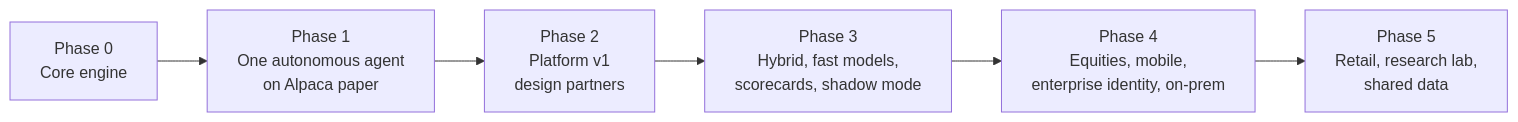
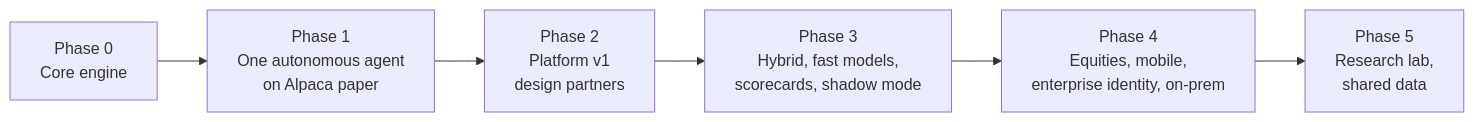
The diagram in docs/product/05-roadmap.md (kunwarshivam/mandate), drawn with Mermaid before and after one commit. The commit also changed other lines of this file and 11 other files, not shown here.

````diff
--- a/docs/product/05-roadmap.md
+++ b/docs/product/05-roadmap.md
@@ -11,8 +11,8 @@
 ```mermaid
 flowchart LR
     P0["Phase 0<br/>Core engine"] --> P1["Phase 1<br/>One autonomous agent<br/>on Alpaca paper"]
     P1 --> P2["Phase 2<br/>Platform v1<br/>design partners"]
     P2 --> P3["Phase 3<br/>Hybrid, fast models,<br/>scorecards, shadow mode"]
     P3 --> P4["Phase 4<br/>Equities, mobile,<br/>enterprise identity, on-prem"]
-    P4 --> P5["Phase 5<br/>Retail, research lab,<br/>shared data"]
+    P4 --> P5["Phase 5<br/>Research lab,<br/>shared data"]
 ```
````
